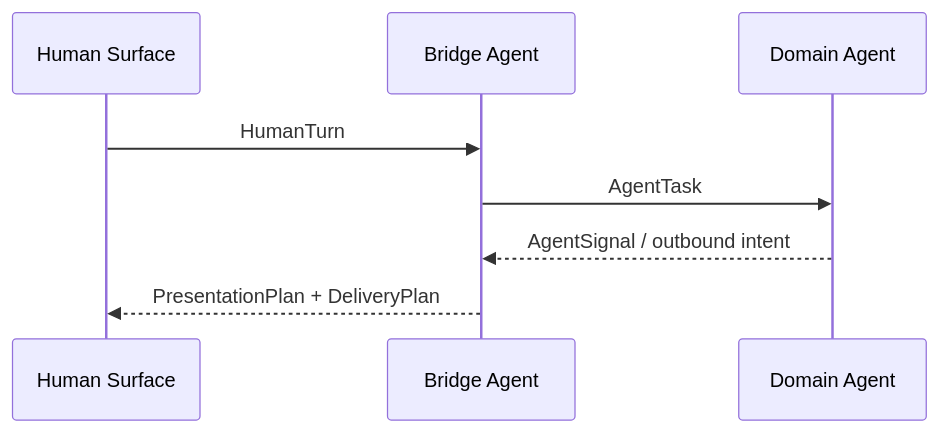
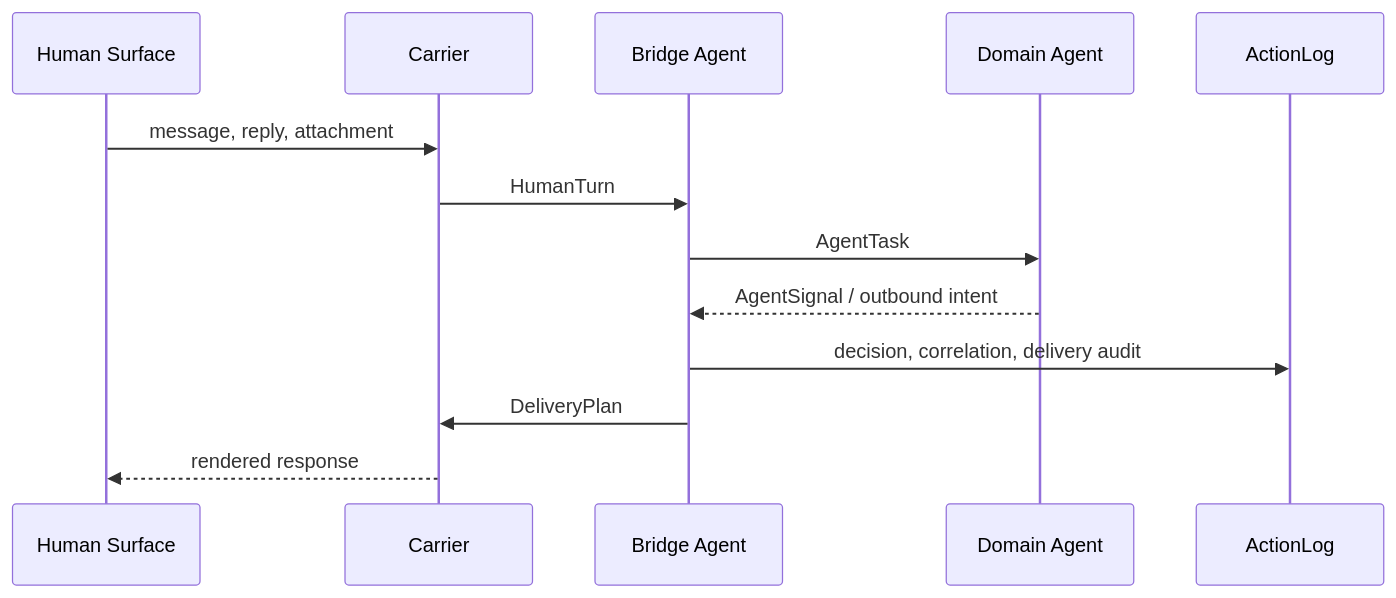
Before and after one commit to cloudsbeyond/agent-interaction-bridge: the third of 5 diagrams in architecture/system-design.md, drawn with Mermaid. The commit also changed other lines of this file and 5 other files, not shown here.

Commit message:
docs: align product and architecture contracts

````diff
--- a/architecture/system-design.md
+++ b/architecture/system-design.md
@@ -131,11 +135,16 @@
 ```mermaid
 sequenceDiagram
   participant H as Human Surface
+  participant C as Carrier
   participant B as Bridge Agent
   participant D as Domain Agent
+  participant L as ActionLog
 
-  H->>B: HumanTurn
+  H->>C: message, reply, attachment
+  C->>B: HumanTurn
   B->>D: AgentTask
   D-->>B: AgentSignal / outbound intent
-  B-->>H: PresentationPlan + DeliveryPlan
+  B->>L: decision, correlation, delivery audit
+  B->>C: DeliveryPlan
+  C-->>H: rendered response
 ```
````
